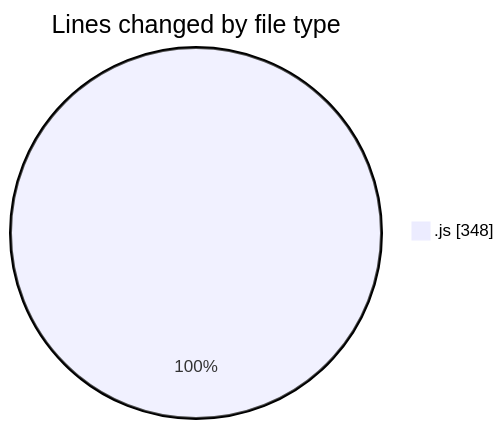
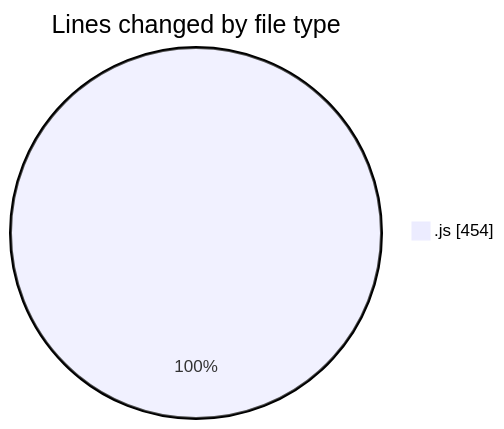
Before and after one commit to momahboobian/code-tracking: the first of 2 diagrams in 2025-03-11/cda/README.md, drawn with Mermaid. The commit also changed other lines of this file and 1 other file, not shown here.

````diff
--- a/2025-03-11/cda/README.md
+++ b/2025-03-11/cda/README.md
@@ -24,5 +25,5 @@
 ```mermaid
 pie showData
 title Lines changed by file type
-".js" : 348
+".js" : 454
 ```
````
